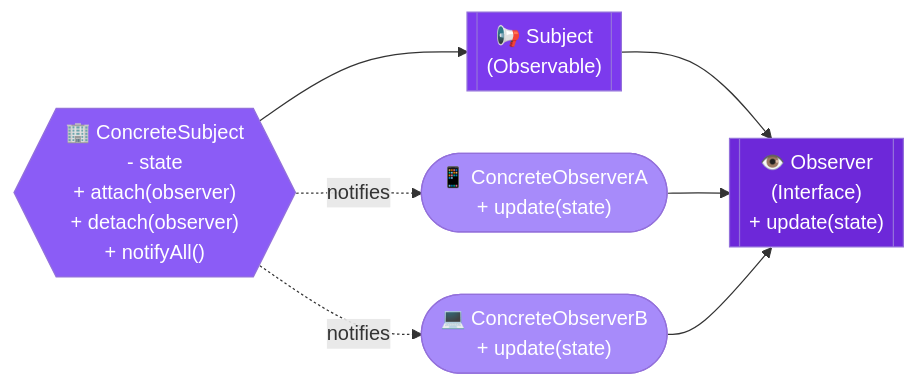
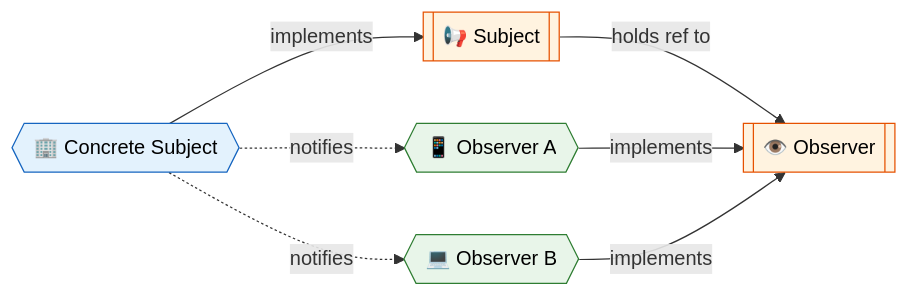
One commit to saivamsikaruturi/vamsilabs-dev-notes-main changed the second of 3 diagrams in docs/designpatterns/behaviouralDesignPatterns/ObserverDesignPattern.md. Above: the diagram before and after it, drawn with Mermaid. The commit also changed other lines of this file and 42 other files, not shown here.

````diff
--- a/docs/designpatterns/behaviouralDesignPatterns/ObserverDesignPattern.md
+++ b/docs/designpatterns/behaviouralDesignPatterns/ObserverDesignPattern.md
@@ -30,21 +27,21 @@
 ```mermaid
 flowchart LR
-    Subject[["📢 Subject\n(Observable)"]]
-    ConcreteSubject{{"🏢 ConcreteSubject\n- state\n+ attach(observer)\n+ detach(observer)\n+ notifyAll()"}}
-    Observer[["👁️ Observer\n(Interface)\n+ update(state)"]]
-    ConcreteObserverA(["📱 ConcreteObserverA\n+ update(state)"])
-    ConcreteObserverB(["💻 ConcreteObserverB\n+ update(state)"])
+    Subject[["📢 Subject"]]
+    ConcreteSubject{{"🏢 Concrete Subject"}}
+    Observer[["👁️ Observer"]]
+    ObsA{{"📱 Observer A"}}
+    ObsB{{"💻 Observer B"}}
 
-    Subject --> Observer
-    ConcreteSubject --> Subject
-    ConcreteObserverA --> Observer
-    ConcreteObserverB --> Observer
-    ConcreteSubject -.->|"notifies"| ConcreteObserverA
-    ConcreteSubject -.->|"notifies"| ConcreteObserverB
+    ConcreteSubject -->|"implements"| Subject
+    Subject -->|"holds ref to"| Observer
+    ObsA -->|"implements"| Observer
+    ObsB -->|"implements"| Observer
+    ConcreteSubject -.->|"notifies"| ObsA
+    ConcreteSubject -.->|"notifies"| ObsB
 
-    style Subject fill:#7c3aed,color:#fff
-    style ConcreteSubject fill:#8b5cf6,color:#fff
-    style Observer fill:#6d28d9,color:#fff
-    style ConcreteObserverA fill:#a78bfa,color:#fff
-    style ConcreteObserverB fill:#a78bfa,color:#fff
+    style Subject fill:#FFF3E0,stroke:#E65100,color:#000
+    style ConcreteSubject fill:#E3F2FD,stroke:#1565C0,color:#000
+    style Observer fill:#FFF3E0,stroke:#E65100,color:#000
+    style ObsA fill:#E8F5E9,stroke:#2E7D32,color:#000
+    style ObsB fill:#E8F5E9,stroke:#2E7D32,color:#000
 ```
````
